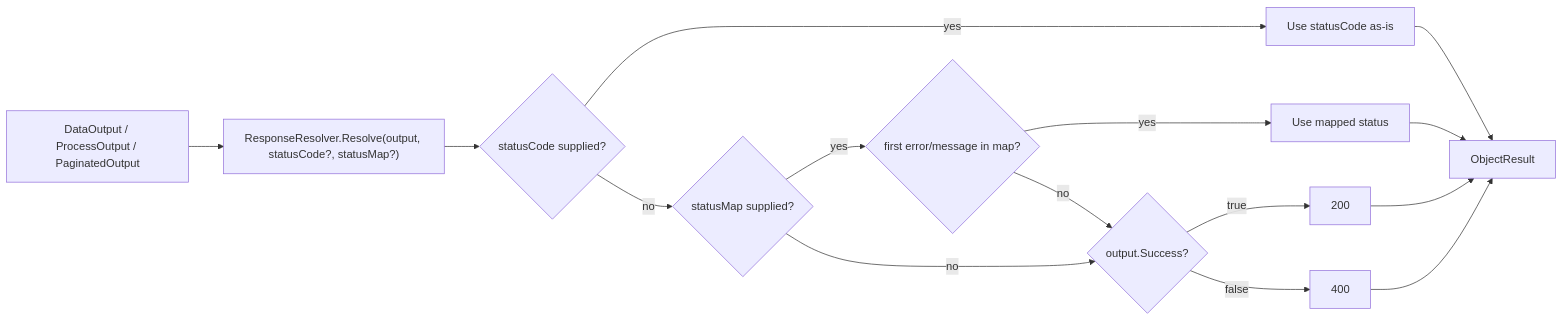
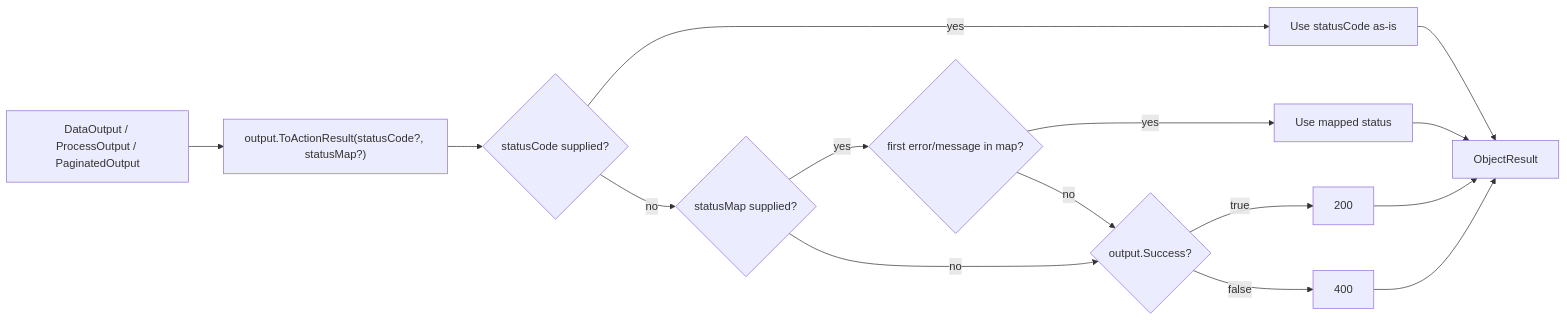
Before and after one commit to artur-rios/dotnet-webapi-util: the diagram in docs/content/en/docs/responses.md, drawn with Mermaid. The commit also changed other lines of this file and 46 other files, not shown here.

````diff
--- a/docs/content/en/docs/responses.md
+++ b/docs/content/en/docs/responses.md
@@ -43,17 +52,17 @@
 ```mermaid
 flowchart LR
-    Output["DataOutput / ProcessOutput / PaginatedOutput"] --> Resolve["ResponseResolver.Resolve(output, statusCode?, statusMap?)"]
+    Output["DataOutput / ProcessOutput / PaginatedOutput"] --> Resolve["output.ToActionResult(statusCode?, statusMap?)"]
     Resolve --> HasCode{"statusCode supplied?"}
     HasCode -- "yes" --> UseCode["Use statusCode as-is"]
     HasCode -- "no" --> HasMap{"statusMap supplied?"}
     HasMap -- "yes" --> Lookup{"first error/message in map?"}
     Lookup -- "yes" --> UseMapped["Use mapped status"]
     Lookup -- "no" --> Success{"output.Success?"}
     HasMap -- "no" --> Success
     Success -- "true" --> Ok["200"]
     Success -- "false" --> Bad["400"]
     UseCode --> Result["ObjectResult"]
     UseMapped --> Result
     Ok --> Result
     Bad --> Result
 ```
````
